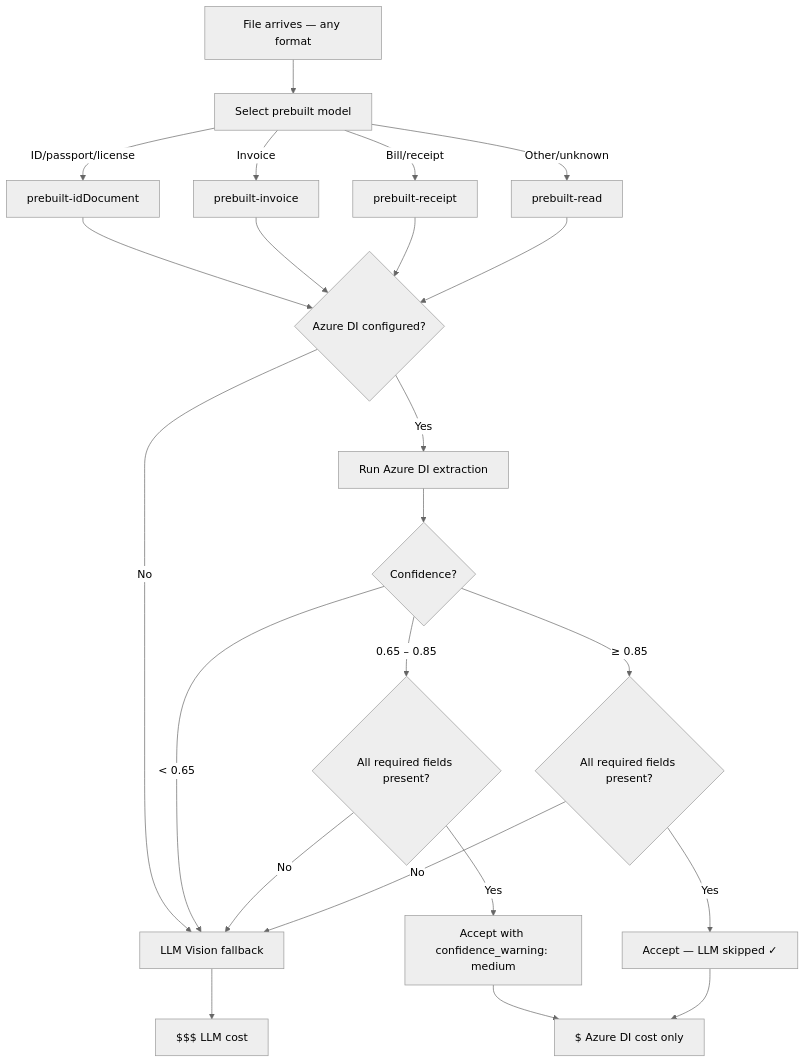
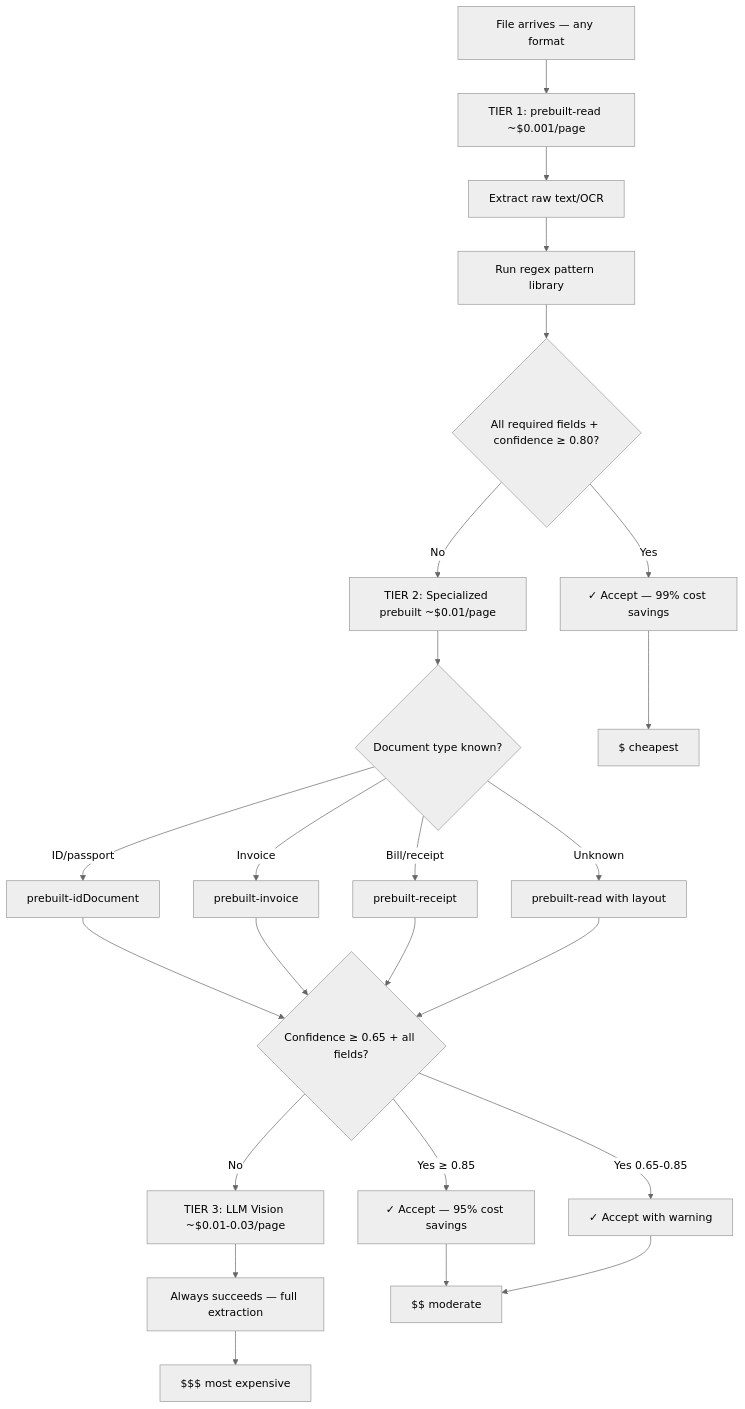
Before and after one commit to harsha9099/document-intelligence-api: the eighth of 9 diagrams in README.md, drawn with Mermaid (neutral theme). The commit also changed other lines of this file and 5 other files, not shown here.

First line of the commit message:
Implement 3-tier smart extraction: patterns → specialized DI → LLM

````diff
--- a/README.md
+++ b/README.md
@@ -162,25 +171,26 @@
 ```mermaid
 flowchart TD
-    A[File arrives — any format] --> B[Select prebuilt model]
-    B -->|ID/passport/license| C[prebuilt-idDocument]
-    B -->|Invoice| D[prebuilt-invoice]
-    B -->|Bill/receipt| E[prebuilt-receipt]
-    B -->|Other/unknown| F[prebuilt-read]
-    C --> G{Azure DI configured?}
-    D --> G
-    E --> G
-    F --> G
-    G -->|No| H[LLM Vision fallback]
-    G -->|Yes| I[Run Azure DI extraction]
-    I --> J{Confidence?}
-    J -->|< 0.65| H
-    J -->|0.65 – 0.85| K{All required fields present?}
-    J -->|≥ 0.85| L{All required fields present?}
-    K -->|Yes| M[Accept with confidence_warning: medium]
-    K -->|No| H
-    L -->|Yes| N[Accept — LLM skipped ✓]
-    L -->|No| H
-    H --> O[$$$ LLM cost]
-    M --> P[$ Azure DI cost only]
-    N --> P
+    A[File arrives — any format] --> B[TIER 1: prebuilt-read ~$0.001/page]
+    B --> C[Extract raw text/OCR]
+    C --> D[Run regex pattern library]
+    D --> E{All required fields + confidence ≥ 0.80?}
+    E -->|Yes| F[✓ Accept — 99% cost savings]
+    E -->|No| G[TIER 2: Specialized prebuilt ~$0.01/page]
+    G --> H{Document type known?}
+    H -->|ID/passport| I[prebuilt-idDocument]
+    H -->|Invoice| J[prebuilt-invoice]
+    H -->|Bill/receipt| K[prebuilt-receipt]
+    H -->|Unknown| L[prebuilt-read with layout]
+    I --> M{Confidence ≥ 0.65 + all fields?}
+    J --> M
+    K --> M
+    L --> M
+    M -->|Yes ≥ 0.85| N[✓ Accept — 95% cost savings]
+    M -->|Yes 0.65-0.85| O[✓ Accept with warning]
+    M -->|No| P[TIER 3: LLM Vision ~$0.01-0.03/page]
+    P --> Q[Always succeeds — full extraction]
+    F --> R[$ cheapest]
+    N --> S[$$ moderate]
+    O --> S
+    Q --> T[$$$ most expensive]
 ```
````
